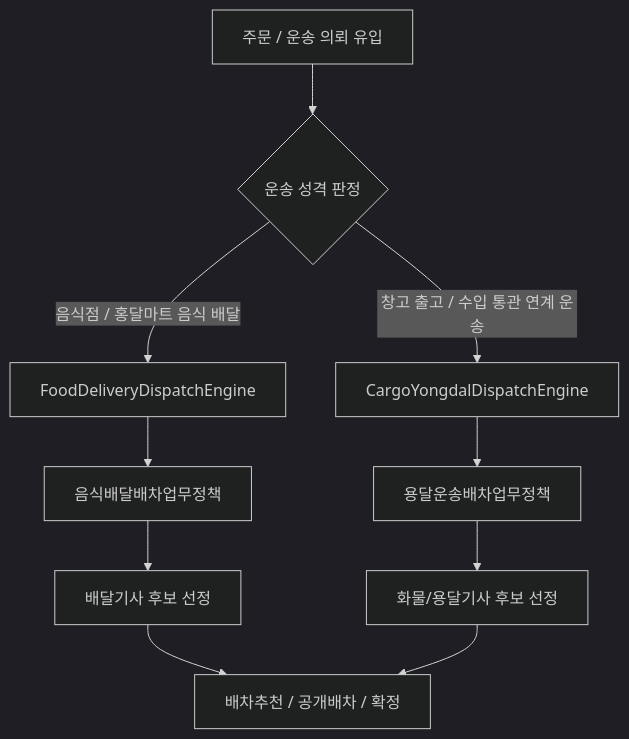
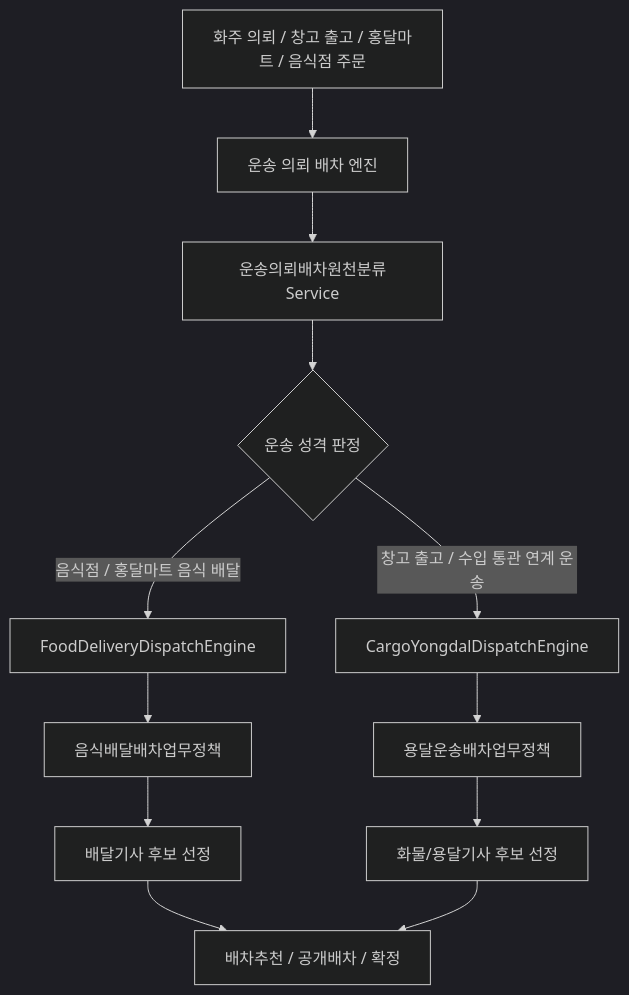
The first of 3 diagrams in docs/ProjectOverview/dispatch-flows.md (cheolwo/hongdal), drawn with Mermaid (dark theme) before and after one commit. The commit also changed other lines of this file and 27 other files, not shown here.

````diff
--- a/docs/ProjectOverview/dispatch-flows.md
+++ b/docs/ProjectOverview/dispatch-flows.md
@@ -12,12 +14,14 @@
 ```mermaid
 flowchart TD
-    A["주문 / 운송 의뢰 유입"] --> B{"운송 성격 판정"}
+    A["화주 의뢰 / 창고 출고 / 홍달마트 / 음식점 주문"] --> A1["운송 의뢰 배차 엔진"]
+    A1 --> A2["운송의뢰배차원천분류Service"]
+    A2 --> B{"운송 성격 판정"}
     B -->|음식점 / 홍달마트 음식 배달| C["FoodDeliveryDispatchEngine"]
     B -->|창고 출고 / 수입 통관 연계 운송| D["CargoYongdalDispatchEngine"]
     C --> E["음식배달배차업무정책"]
     D --> F["용달운송배차업무정책"]
     E --> G["배달기사 후보 선정"]
     F --> H["화물/용달기사 후보 선정"]
     G --> I["배차추천 / 공개배차 / 확정"]
     H --> I
 ```
````
